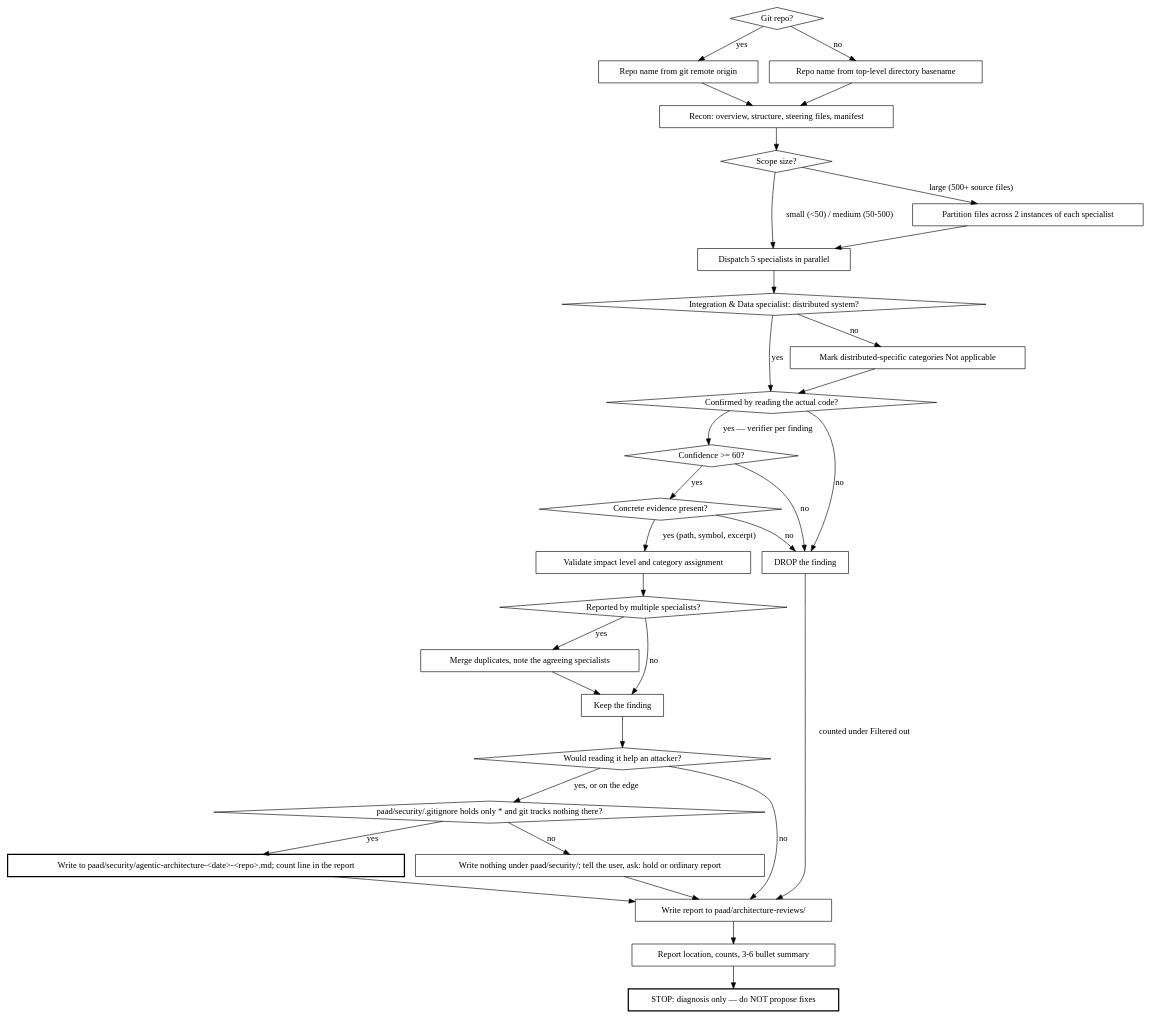
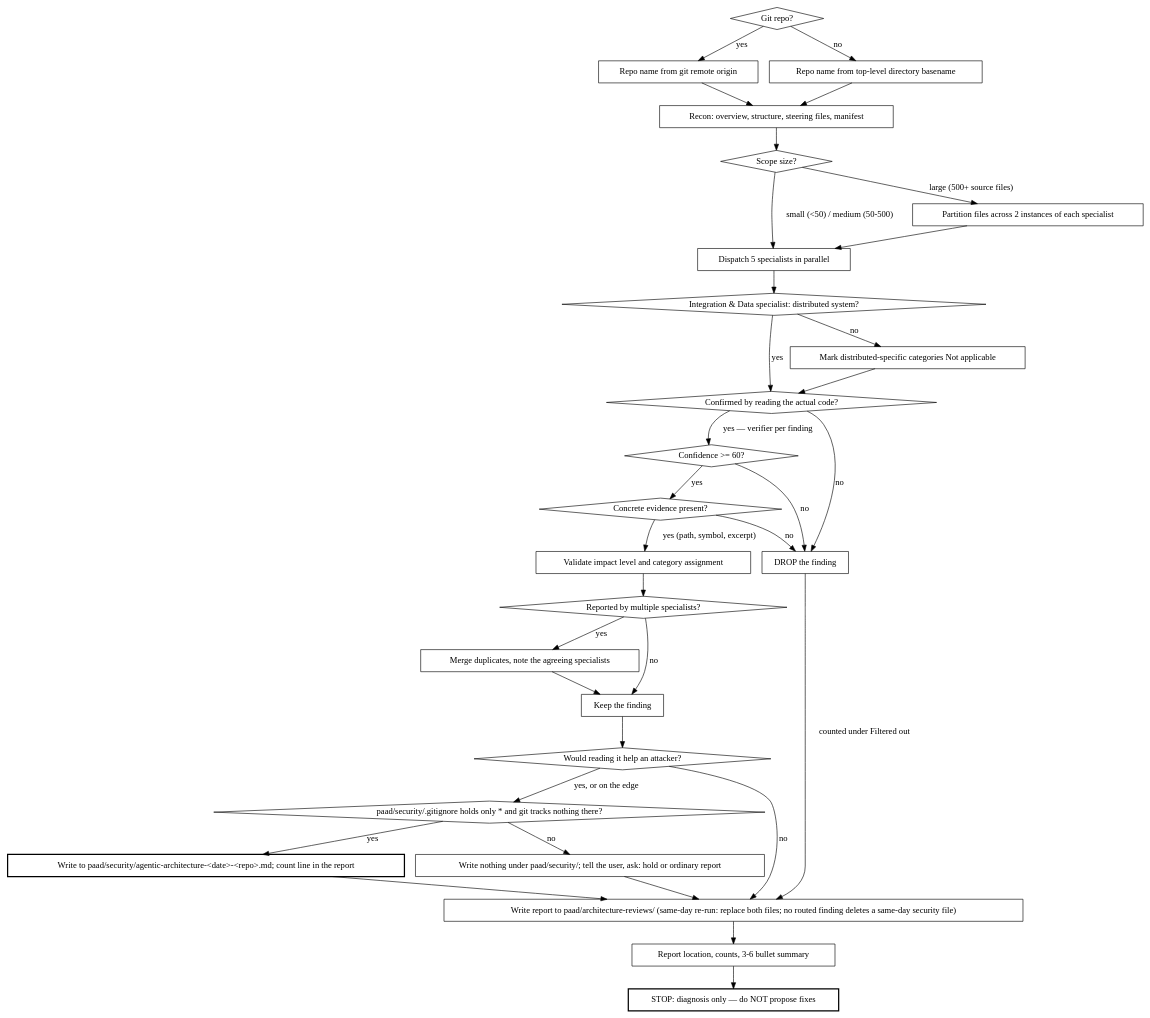
One commit to Ovid/paad changed the second of 2 diagrams in preview/paad/skills/agentic-architecture/SKILL.md. Above: the diagram before and after it, drawn with Graphviz. The commit also changed 4 other files, not shown here.

````diff
--- a/preview/paad/skills/agentic-architecture/SKILL.md
+++ b/preview/paad/skills/agentic-architecture/SKILL.md
@@ -37,65 +37,65 @@
 ```dot
 digraph analysis_flow {
   "Git repo?" [shape=diamond];
   "Scope size?" [shape=diamond];
   "Integration & Data specialist: distributed system?" [shape=diamond];
   "Confirmed by reading the actual code?" [shape=diamond];
   "Confidence >= 60?" [shape=diamond];
   "Concrete evidence present?" [shape=diamond];
   "Reported by multiple specialists?" [shape=diamond];
 
   "Repo name from git remote origin" [shape=box];
   "Repo name from top-level directory basename" [shape=box];
   "Recon: overview, structure, steering files, manifest" [shape=box];
   "Dispatch 5 specialists in parallel" [shape=box];
   "Partition files across 2 instances of each specialist" [shape=box];
   "Mark distributed-specific categories Not applicable" [shape=box];
   "Validate impact level and category assignment" [shape=box];
   "Merge duplicates, note the agreeing specialists" [shape=box];
   "DROP the finding" [shape=box];
   "Keep the finding" [shape=box];
   "Would reading it help an attacker?" [shape=diamond];
   "Write to paad/security/agentic-architecture-<date>-<repo>.md; count line in the report" [shape=box, style=bold];
   "paad/security/.gitignore holds only * and git tracks nothing there?" [shape=diamond];
   "Write nothing under paad/security/; tell the user, ask: hold or ordinary report" [shape=box];
-  "Write report to paad/architecture-reviews/" [shape=box];
+  "Write report to paad/architecture-reviews/ (same-day re-run: replace both files; no routed finding deletes a same-day security file)" [shape=box];
   "Report location, counts, 3-6 bullet summary" [shape=box];
   "STOP: diagnosis only — do NOT propose fixes" [shape=box, style=bold];
 
   "Git repo?" -> "Repo name from git remote origin" [label="yes"];
   "Git repo?" -> "Repo name from top-level directory basename" [label="no"];
   "Repo name from git remote origin" -> "Recon: overview, structure, steering files, manifest";
   "Repo name from top-level directory basename" -> "Recon: overview, structure, steering files, manifest";
   "Recon: overview, structure, steering files, manifest" -> "Scope size?";
 
   "Scope size?" -> "Dispatch 5 specialists in parallel" [label="small (<50) / medium (50-500)"];
   "Scope size?" -> "Partition files across 2 instances of each specialist" [label="large (500+ source files)"];
   "Partition files across 2 instances of each specialist" -> "Dispatch 5 specialists in parallel";
   "Dispatch 5 specialists in parallel" -> "Integration & Data specialist: distributed system?";
   "Integration & Data specialist: distributed system?" -> "Confirmed by reading the actual code?" [label="yes"];
   "Integration & Data specialist: distributed system?" -> "Mark distributed-specific categories Not applicable" [label="no"];
   "Mark distributed-specific categories Not applicable" -> "Confirmed by reading the actual code?";
 
   "Confirmed by reading the actual code?" -> "Confidence >= 60?" [label="yes — verifier per finding"];
   "Confirmed by reading the actual code?" -> "DROP the finding" [label="no"];
   "Confidence >= 60?" -> "Concrete evidence present?" [label="yes"];
   "Confidence >= 60?" -> "DROP the finding" [label="no"];
   "Concrete evidence present?" -> "Validate impact level and category assignment" [label="yes (path, symbol, excerpt)"];
   "Concrete evidence present?" -> "DROP the finding" [label="no"];
   "Validate impact level and category assignment" -> "Reported by multiple specialists?";
   "Reported by multiple specialists?" -> "Merge duplicates, note the agreeing specialists" [label="yes"];
   "Reported by multiple specialists?" -> "Keep the finding" [label="no"];
   "Merge duplicates, note the agreeing specialists" -> "Keep the finding";
 
   "Keep the finding" -> "Would reading it help an attacker?";
   "Would reading it help an attacker?" -> "paad/security/.gitignore holds only * and git tracks nothing there?" [label="yes, or on the edge"];
-  "Would reading it help an attacker?" -> "Write report to paad/architecture-reviews/" [label="no"];
-  "Write to paad/security/agentic-architecture-<date>-<repo>.md; count line in the report" -> "Write report to paad/architecture-reviews/";
+  "Would reading it help an attacker?" -> "Write report to paad/architecture-reviews/ (same-day re-run: replace both files; no routed finding deletes a same-day security file)" [label="no"];
+  "Write to paad/security/agentic-architecture-<date>-<repo>.md; count line in the report" -> "Write report to paad/architecture-reviews/ (same-day re-run: replace both files; no routed finding deletes a same-day security file)";
   "paad/security/.gitignore holds only * and git tracks nothing there?" -> "Write to paad/security/agentic-architecture-<date>-<repo>.md; count line in the report" [label="yes"];
   "paad/security/.gitignore holds only * and git tracks nothing there?" -> "Write nothing under paad/security/; tell the user, ask: hold or ordinary report" [label="no"];
-  "Write nothing under paad/security/; tell the user, ask: hold or ordinary report" -> "Write report to paad/architecture-reviews/";
-  "DROP the finding" -> "Write report to paad/architecture-reviews/" [label="counted under Filtered out"];
-  "Write report to paad/architecture-reviews/" -> "Report location, counts, 3-6 bullet summary";
+  "Write nothing under paad/security/; tell the user, ask: hold or ordinary report" -> "Write report to paad/architecture-reviews/ (same-day re-run: replace both files; no routed finding deletes a same-day security file)";
+  "DROP the finding" -> "Write report to paad/architecture-reviews/ (same-day re-run: replace both files; no routed finding deletes a same-day security file)" [label="counted under Filtered out"];
+  "Write report to paad/architecture-reviews/ (same-day re-run: replace both files; no routed finding deletes a same-day security file)" -> "Report location, counts, 3-6 bullet summary";
   "Report location, counts, 3-6 bullet summary" -> "STOP: diagnosis only — do NOT propose fixes";
 }
 ```
````
